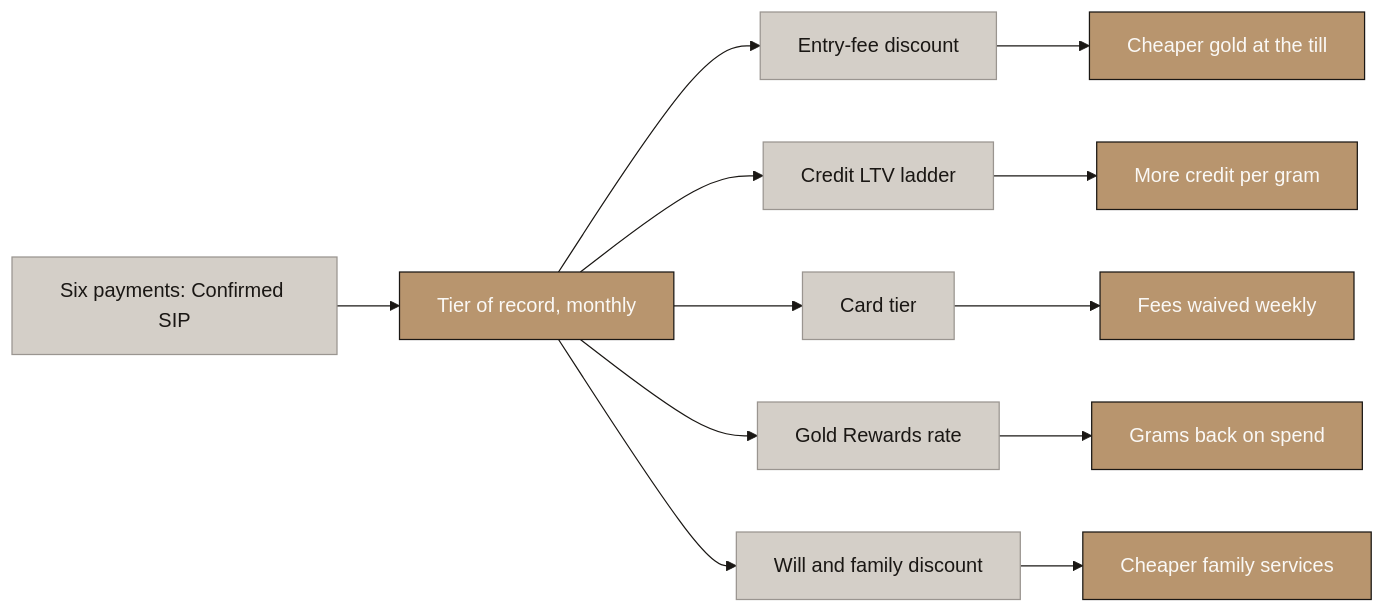
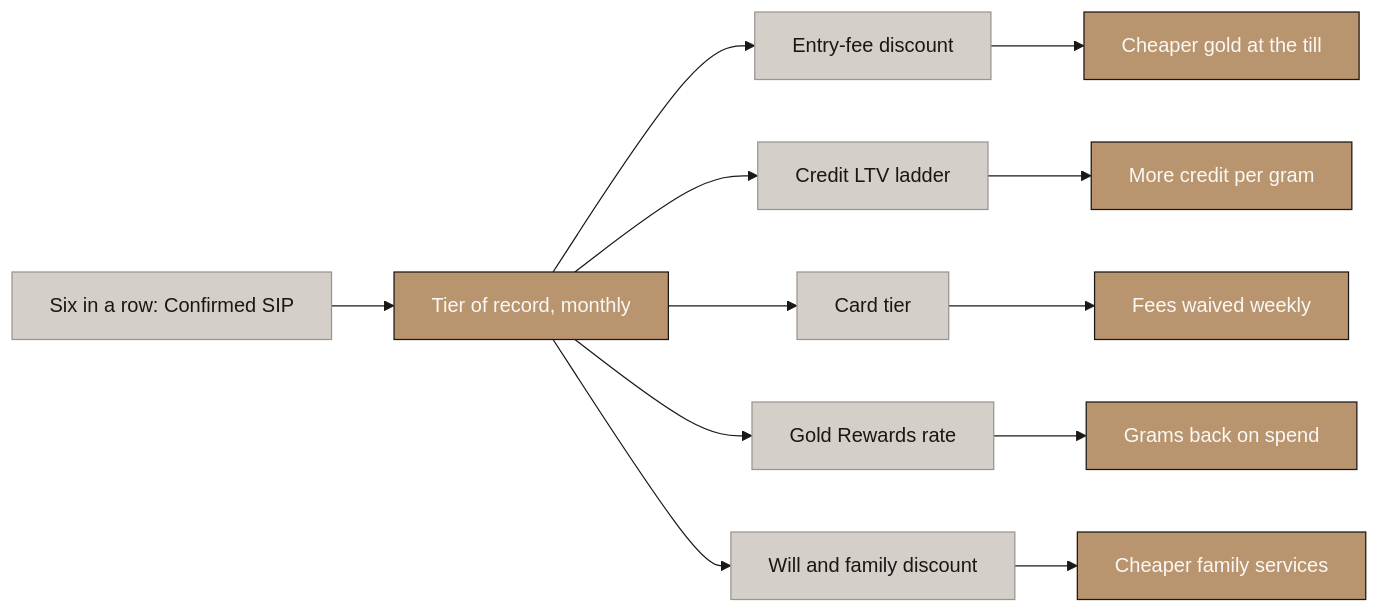
Before and after one commit to Abdsys/Aurumix: the first of 7 diagrams in deliverables/2-mechanism-design/Aurumix_Process_Maps_ICS_Benefits.md, drawn with Mermaid. The commit also changed 4 other files, not shown here.

````diff
--- a/deliverables/2-mechanism-design/Aurumix_Process_Maps_ICS_Benefits.md
+++ b/deliverables/2-mechanism-design/Aurumix_Process_Maps_ICS_Benefits.md
@@ -35,39 +35,39 @@
 ```mermaid
 %%{init: {'theme': 'base', 'themeVariables': {
     'primaryColor': '#B8956E',
     'primaryTextColor': '#1A1714',
     'primaryBorderColor': '#1A1714',
     'lineColor': '#1A1714',
     'secondaryColor': '#FAF8F5',
     'tertiaryColor': '#D4CFC8',
     'fontFamily': 'Libre Franklin, sans-serif',
     'edgeLabelBackground': '#D4CFC8',
     'clusterBkg': '#FAF8F5',
     'clusterBorder': '#B8956E'
 }}}%%
 graph LR
-    A["Six payments: Confirmed SIP"] --> B["Tier of record, monthly"]
+    A["Six in a row: Confirmed SIP"] --> B["Tier of record, monthly"]
     B --> C["Entry-fee discount"]
     B --> D["Credit LTV ladder"]
     B --> E["Card tier"]
     B --> F["Gold Rewards rate"]
     B --> G["Will and family discount"]
     C --> H["Cheaper gold at the till"]
     D --> I["More credit per gram"]
     E --> J["Fees waived weekly"]
     F --> K["Grams back on spend"]
     G --> L["Cheaper family services"]
 
     style A fill:#D4CFC8,stroke:#9A9590,color:#1A1714
     style B fill:#B8956E,stroke:#1A1714,color:#FAF8F5
     style C fill:#D4CFC8,stroke:#9A9590,color:#1A1714
     style D fill:#D4CFC8,stroke:#9A9590,color:#1A1714
     style E fill:#D4CFC8,stroke:#9A9590,color:#1A1714
     style F fill:#D4CFC8,stroke:#9A9590,color:#1A1714
     style G fill:#D4CFC8,stroke:#9A9590,color:#1A1714
     style H fill:#B8956E,stroke:#1A1714,color:#FAF8F5
     style I fill:#B8956E,stroke:#1A1714,color:#FAF8F5
     style J fill:#B8956E,stroke:#1A1714,color:#FAF8F5
     style K fill:#B8956E,stroke:#1A1714,color:#FAF8F5
     style L fill:#B8956E,stroke:#1A1714,color:#FAF8F5
 ```
````
